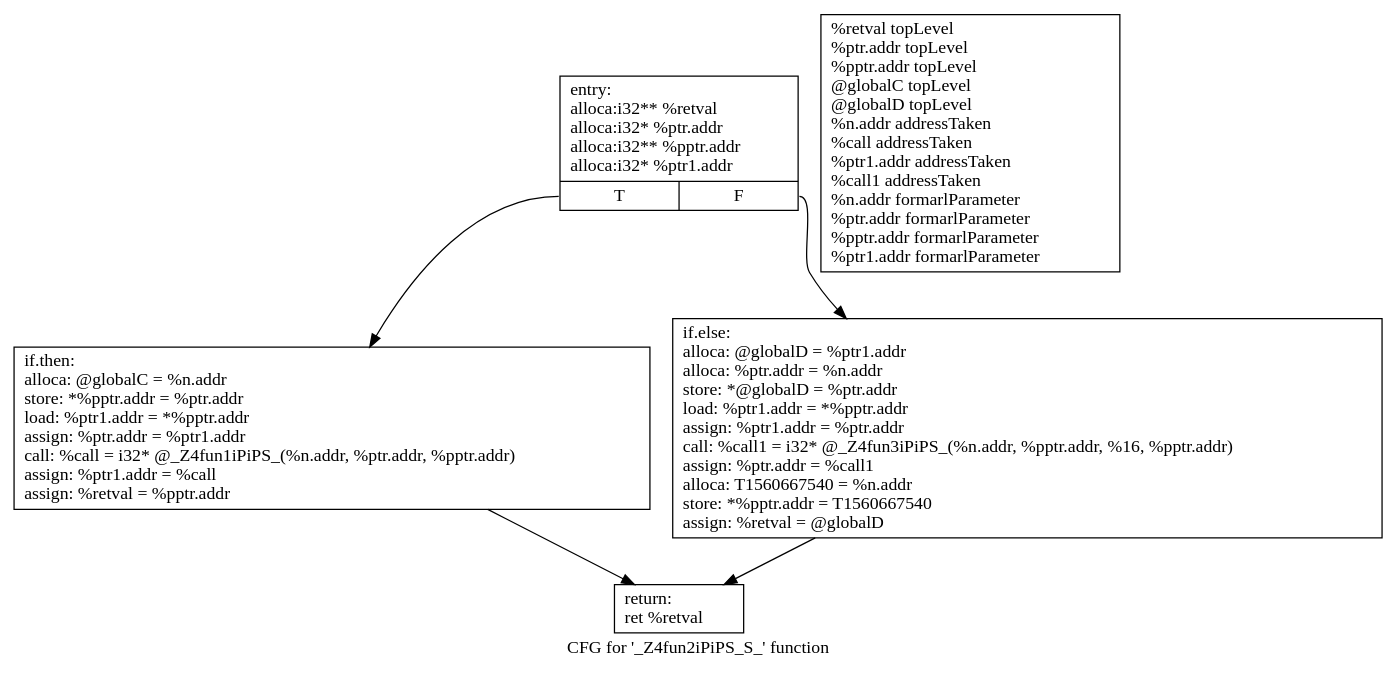
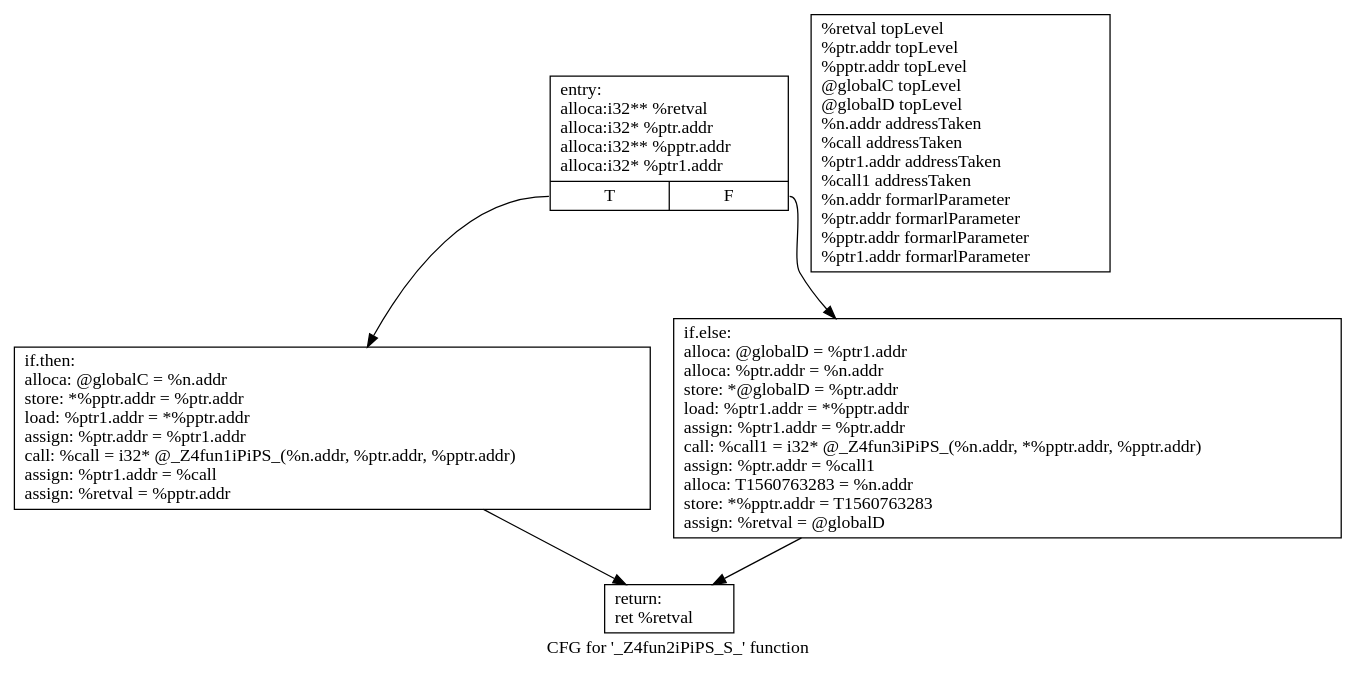
One commit to zyy0721/Ouroboros-Project changed the diagram in llvm8/testEx1fun2test.dot. Above: the diagram before and after it, drawn with Graphviz. The commit also changed 4 other files, not shown here.

```diff
--- a/llvm8/testEx1fun2test.dot
+++ b/llvm8/testEx1fun2test.dot
@@ -1,12 +1,12 @@
 digraph "CFG for '_Z4fun2iPiPS_S_' function" {
 	label="CFG for '_Z4fun2iPiPS_S_' function";
 
 	Node0x991d1e0 [shape=record,label="{entry:\l alloca:i32** %retval\l alloca:i32* %ptr.addr\l alloca:i32** %pptr.addr\l alloca:i32* %ptr1.addr\l |{<s0>T|<s1>F}}"];
 	Node0x991d1e0:s0 -> Node0x991d7f0;
 	Node0x991d1e0:s1 -> Node0x991d8c0;
 	Node0x991d7f0 [shape=record,label="{if.then:                                          \l alloca: @globalC = %n.addr\l store: *%pptr.addr = %ptr.addr\l load: %ptr1.addr = *%pptr.addr\l assign: %ptr.addr = %ptr1.addr\l call: %call = i32* @_Z4fun1iPiPS_(%n.addr, %ptr.addr, %pptr.addr)\l assign: %ptr1.addr = %call\l assign: %retval = %pptr.addr\l }"];
 	Node0x991d7f0 -> Node0x991e2c0;
-	Node0x991d8c0 [shape=record,label="{if.else:                                          \l alloca: @globalD = %ptr1.addr\l alloca: %ptr.addr = %n.addr\l store: *@globalD = %ptr.addr\l load: %ptr1.addr = *%pptr.addr\l assign: %ptr1.addr = %ptr.addr\l call: %call1 = i32* @_Z4fun3iPiPS_(%n.addr, %pptr.addr, %16, %pptr.addr)\l assign: %ptr.addr = %call1\l alloca: T1560667540 = %n.addr\l store: *%pptr.addr = T1560667540\l assign: %retval = @globalD\l }"];
+	Node0x991d8c0 [shape=record,label="{if.else:                                          \l alloca: @globalD = %ptr1.addr\l alloca: %ptr.addr = %n.addr\l store: *@globalD = %ptr.addr\l load: %ptr1.addr = *%pptr.addr\l assign: %ptr1.addr = %ptr.addr\l call: %call1 = i32* @_Z4fun3iPiPS_(%n.addr, *%pptr.addr, %pptr.addr)\l assign: %ptr.addr = %call1\l alloca: T1560763283 = %n.addr\l store: *%pptr.addr = T1560763283\l assign: %retval = @globalD\l }"];
 	Node0x991d8c0 -> Node0x991e2c0;
 	Node0x991e2c0 [shape=record,label="{return:                                           \l ret %retval\l }"];
 	Node1 [shape=record,label="{%retval topLevel\l %ptr.addr topLevel\l %pptr.addr topLevel\l @globalC topLevel\l @globalD topLevel\l %n.addr addressTaken\l %call addressTaken\l %ptr1.addr addressTaken\l %call1 addressTaken\l %n.addr formarlParameter\l %ptr.addr formarlParameter\l %pptr.addr formarlParameter\l %ptr1.addr formarlParameter\l }"];}
```
